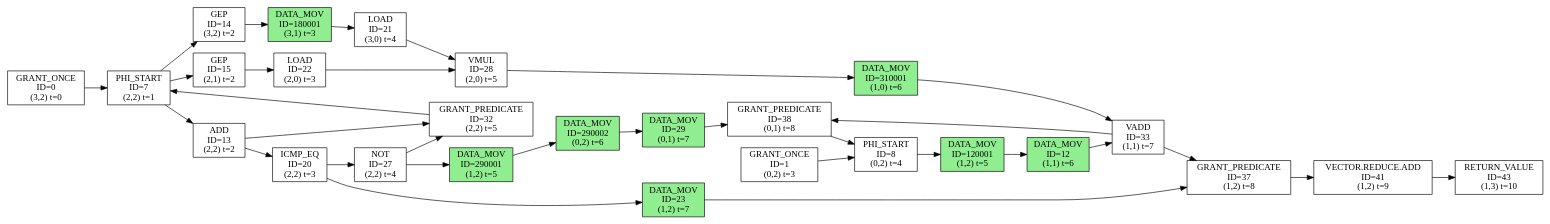
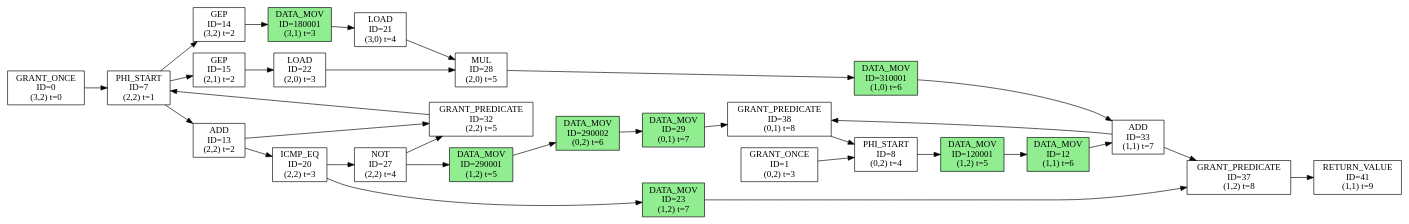
The diagram in kernel/fir/fir-dfg.dot (sarchlab/Zeonica_Testbench), drawn with Graphviz before and after one commit. The commit also changed 3 other files, not shown here.

```diff
--- a/kernel/fir/fir-dfg.dot
+++ b/kernel/fir/fir-dfg.dot
@@ -1,61 +1,59 @@
 digraph DFG {
   rankdir=LR;
   node [shape=box, style=filled];
   n0 [label="GRANT_ONCE\nID=0\n(3,2) t=0", fillcolor=white];
   n1 [label="GRANT_ONCE\nID=1\n(0,2) t=3", fillcolor=white];
   n7 [label="PHI_START\nID=7\n(2,2) t=1", fillcolor=white];
   n8 [label="PHI_START\nID=8\n(0,2) t=4", fillcolor=white];
   n12 [label="DATA_MOV\nID=12\n(1,1) t=6", fillcolor=lightgreen];
   n13 [label="ADD\nID=13\n(2,2) t=2", fillcolor=white];
   n14 [label="GEP\nID=14\n(3,2) t=2", fillcolor=white];
   n15 [label="GEP\nID=15\n(2,1) t=2", fillcolor=white];
   n20 [label="ICMP_EQ\nID=20\n(2,2) t=3", fillcolor=white];
   n21 [label="LOAD\nID=21\n(3,0) t=4", fillcolor=white];
   n22 [label="LOAD\nID=22\n(2,0) t=3", fillcolor=white];
   n23 [label="DATA_MOV\nID=23\n(1,2) t=7", fillcolor=lightgreen];
   n27 [label="NOT\nID=27\n(2,2) t=4", fillcolor=white];
-  n28 [label="VMUL\nID=28\n(2,0) t=5", fillcolor=white];
+  n28 [label="MUL\nID=28\n(2,0) t=5", fillcolor=white];
   n29 [label="DATA_MOV\nID=29\n(0,1) t=7", fillcolor=lightgreen];
   n32 [label="GRANT_PREDICATE\nID=32\n(2,2) t=5", fillcolor=white];
-  n33 [label="VADD\nID=33\n(1,1) t=7", fillcolor=white];
+  n33 [label="ADD\nID=33\n(1,1) t=7", fillcolor=white];
   n37 [label="GRANT_PREDICATE\nID=37\n(1,2) t=8", fillcolor=white];
   n38 [label="GRANT_PREDICATE\nID=38\n(0,1) t=8", fillcolor=white];
-  n41 [label="VECTOR.REDUCE.ADD\nID=41\n(1,2) t=9", fillcolor=white];
-  n43 [label="RETURN_VALUE\nID=43\n(1,3) t=10", fillcolor=white];
+  n41 [label="RETURN_VALUE\nID=41\n(1,1) t=9", fillcolor=white];
   n120001 [label="DATA_MOV\nID=120001\n(1,2) t=5", fillcolor=lightgreen];
   n180001 [label="DATA_MOV\nID=180001\n(3,1) t=3", fillcolor=lightgreen];
   n290001 [label="DATA_MOV\nID=290001\n(1,2) t=5", fillcolor=lightgreen];
   n290002 [label="DATA_MOV\nID=290002\n(0,2) t=6", fillcolor=lightgreen];
   n310001 [label="DATA_MOV\nID=310001\n(1,0) t=6", fillcolor=lightgreen];
   n20 -> n23;
   n23 -> n37;
   n14 -> n180001;
   n28 -> n310001;
   n8 -> n120001;
   n120001 -> n12;
   n12 -> n33;
   n27 -> n290001;
   n290001 -> n290002;
   n290002 -> n29;
   n29 -> n38;
-  n41 -> n43;
   n33 -> n38;
   n310001 -> n33;
   n32 -> n7;
   n0 -> n7;
   n180001 -> n21;
   n33 -> n37;
   n1 -> n8;
   n15 -> n22;
   n7 -> n13;
   n37 -> n41;
   n7 -> n14;
   n38 -> n8;
   n7 -> n15;
   n20 -> n27;
   n13 -> n32;
   n13 -> n20;
   n27 -> n32;
   n21 -> n28;
   n22 -> n28;
 }
```
